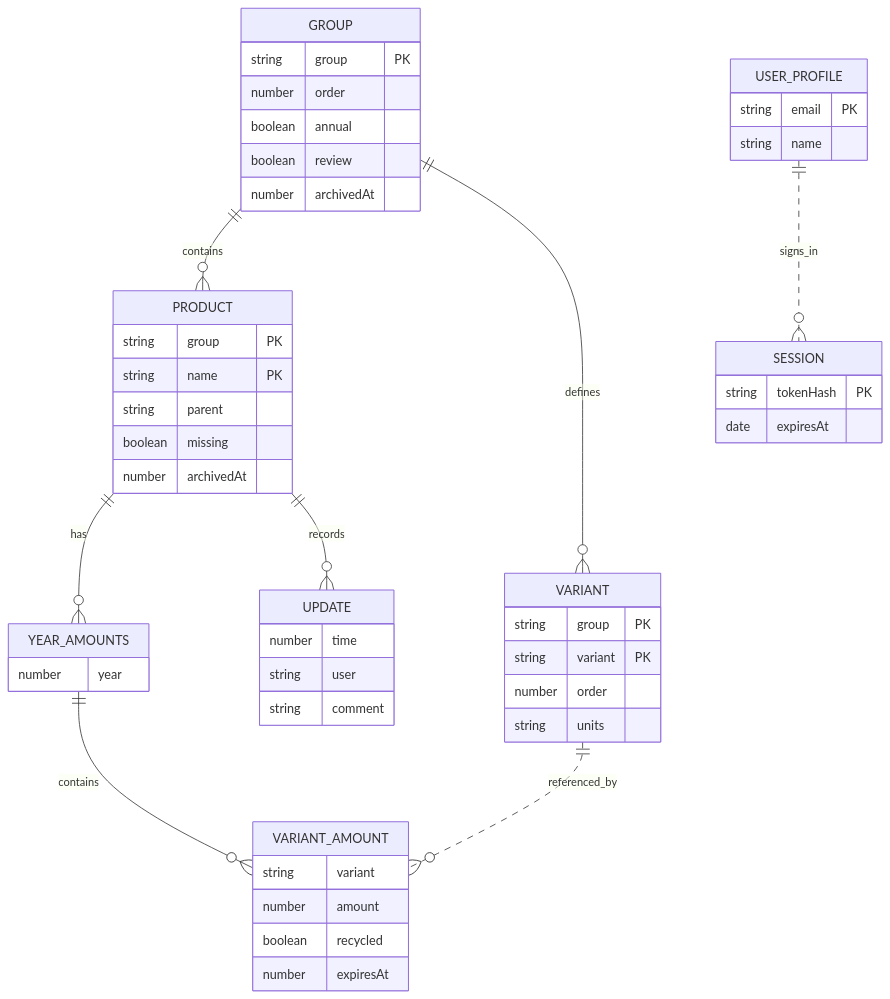
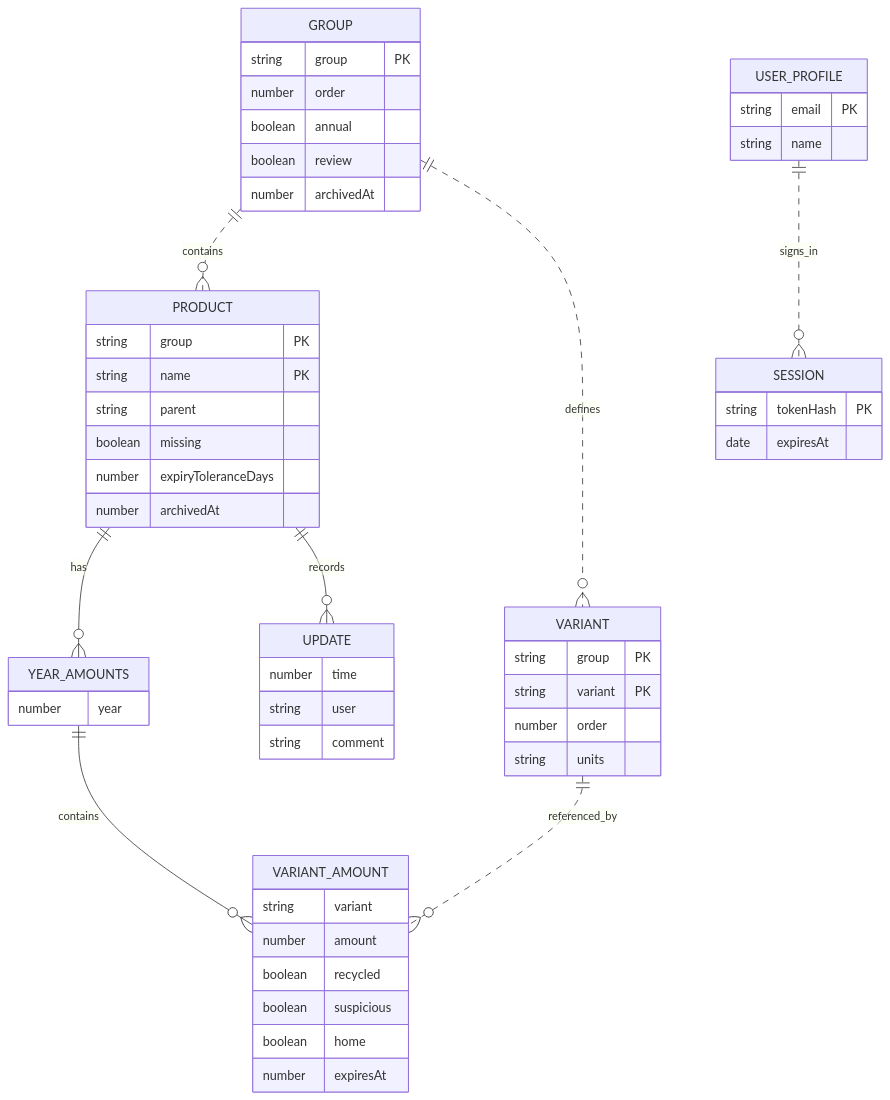
One commit to danikas2k2/rusys changed the first of 4 diagrams in docs/DATA-AND-WORKFLOWS.md. Above: the diagram before and after it, drawn with Mermaid. The commit also changed other lines of this file and 16 other files, not shown here.

````diff
--- a/docs/DATA-AND-WORKFLOWS.md
+++ b/docs/DATA-AND-WORKFLOWS.md
@@ -28,53 +26,56 @@
 ```mermaid
 erDiagram
     GROUP {
         string group PK
         number order
         boolean annual
         boolean review
         number archivedAt
     }
     PRODUCT {
         string group PK
         string name PK
         string parent
         boolean missing
+        number expiryToleranceDays
         number archivedAt
     }
     VARIANT {
         string group PK
         string variant PK
         number order
         string units
     }
     YEAR_AMOUNTS {
         number year
     }
     VARIANT_AMOUNT {
         string variant
         number amount
         boolean recycled
+        boolean suspicious
+        boolean home
         number expiresAt
     }
     UPDATE {
         number time
         string user
         string comment
     }
     USER_PROFILE {
         string email PK
         string name
     }
     SESSION {
         string tokenHash PK
         date expiresAt
     }
 
-    GROUP ||--o{ PRODUCT : contains
-    GROUP ||--o{ VARIANT : defines
+    GROUP ||..o{ PRODUCT : contains
+    GROUP ||..o{ VARIANT : defines
     PRODUCT ||--o{ YEAR_AMOUNTS : has
     YEAR_AMOUNTS ||--o{ VARIANT_AMOUNT : contains
     VARIANT ||..o{ VARIANT_AMOUNT : referenced_by
     PRODUCT ||--o{ UPDATE : records
     USER_PROFILE ||..o{ SESSION : signs_in
 ```
````
